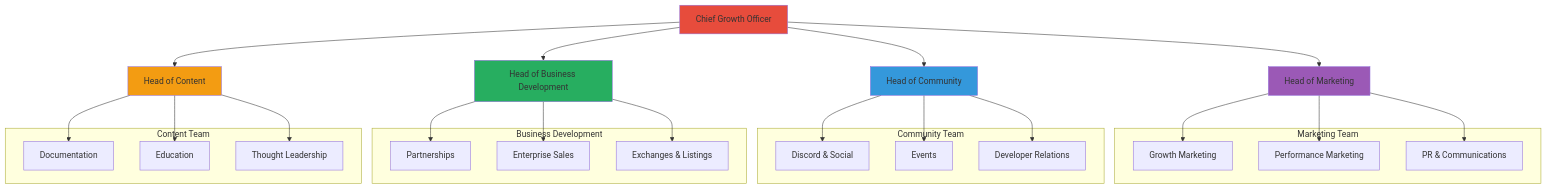
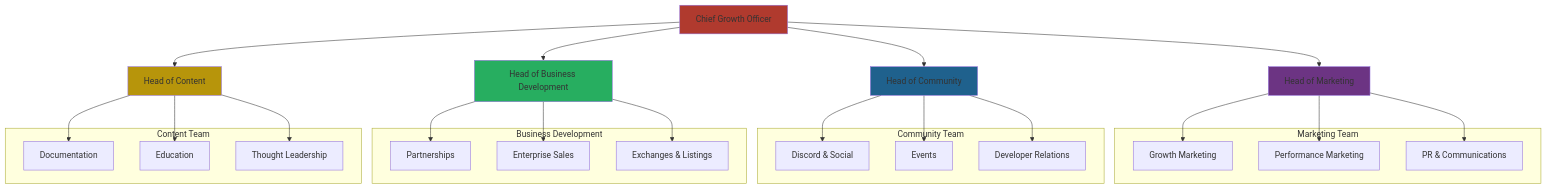
Before and after one commit to CipherOcto/cipherocto: the fourth of 5 diagrams in docs/06-operations/team/org-chart.md, drawn with Mermaid. The commit also changed other lines of this file and 13 other files, not shown here.

First line of the commit message:
Improve Mermaid diagram accessibility: Fix color contrast

````diff
--- a/docs/06-operations/team/org-chart.md
+++ b/docs/06-operations/team/org-chart.md
@@ -138,59 +138,59 @@
 ```mermaid
 graph TB
     CGO[Chief Growth Officer]
     HeadMarketing[Head of Marketing]
     HeadCommunity[Head of Community]
     HeadBD[Head of Business Development]
     HeadContent[Head of Content]
 
     CGO --> HeadMarketing
     CGO --> HeadCommunity
     CGO --> HeadBD
     CGO --> HeadContent
 
     subgraph MARKETING["Marketing Team"]
         MarketingTeam1[Growth Marketing]
         MarketingTeam2[Performance Marketing]
         MarketingTeam3[PR & Communications]
     end
 
     subgraph COMMUNITY["Community Team"]
         CommunityTeam1[Discord & Social]
         CommunityTeam2[Events]
         CommunityTeam3[Developer Relations]
     end
 
     subgraph BD["Business Development"]
         BDTeam1[Partnerships]
         BDTeam2[Enterprise Sales]
         BDTeam3[Exchanges & Listings]
     end
 
     subgraph CONTENT["Content Team"]
         ContentTeam1[Documentation]
         ContentTeam2[Education]
         ContentTeam3[Thought Leadership]
     end
 
     HeadMarketing --> MarketingTeam1
     HeadMarketing --> MarketingTeam2
     HeadMarketing --> MarketingTeam3
 
     HeadCommunity --> CommunityTeam1
     HeadCommunity --> CommunityTeam2
     HeadCommunity --> CommunityTeam3
 
     HeadBD --> BDTeam1
     HeadBD --> BDTeam2
     HeadBD --> BDTeam3
 
     HeadContent --> ContentTeam1
     HeadContent --> ContentTeam2
     HeadContent --> ContentTeam3
 
-    style CGO fill:#e74c3c
-    style HeadMarketing fill:#9b59b6
-    style HeadCommunity fill:#3498db
+    style CGO fill:#b03a2e
+    style HeadMarketing fill:#6c3483
+    style HeadCommunity fill:#1f618d
     style HeadBD fill:#27ae60
-    style HeadContent fill:#f39c12
+    style HeadContent fill:#b7950b
 ```
````
